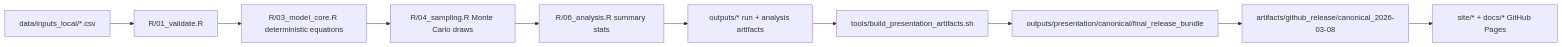
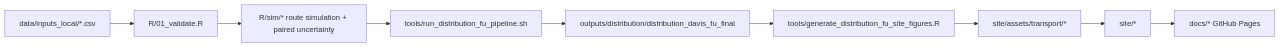
One commit to dMac716/coldchain-freight-montecarlo changed the diagram in site/index.qmd. Above: the diagram before and after it, drawn with Mermaid. The commit also changed other lines of this file and 25 other files, not shown here.

Commit message:
docs: refresh pages with latest distribution results and downloads

````diff
--- a/site/index.qmd
+++ b/site/index.qmd
@@ -113,12 +113,11 @@
 ```{mermaid}
 flowchart LR
   A[data/inputs_local/*.csv] --> B[R/01_validate.R]
-  B --> C[R/03_model_core.R deterministic equations]
-  C --> D[R/04_sampling.R Monte Carlo draws]
-  D --> E[R/06_analysis.R summary stats]
-  E --> F[outputs/* run + analysis artifacts]
-  F --> G[tools/build_presentation_artifacts.sh]
-  G --> H[outputs/presentation/canonical/final_release_bundle]
-  H --> I[artifacts/github_release/canonical_2026-03-08]
-  I --> J[site/* + docs/* GitHub Pages]
+  B --> C[R/sim/* route simulation + paired uncertainty]
+  C --> D[tools/run_distribution_fu_pipeline.sh]
+  D --> E[outputs/distribution/distribution_davis_fu_final]
+  E --> F[tools/generate_distribution_fu_site_figures.R]
+  F --> G[site/assets/transport/*]
+  G --> H[site/*]
+  H --> I[docs/* GitHub Pages]
 ```
````
